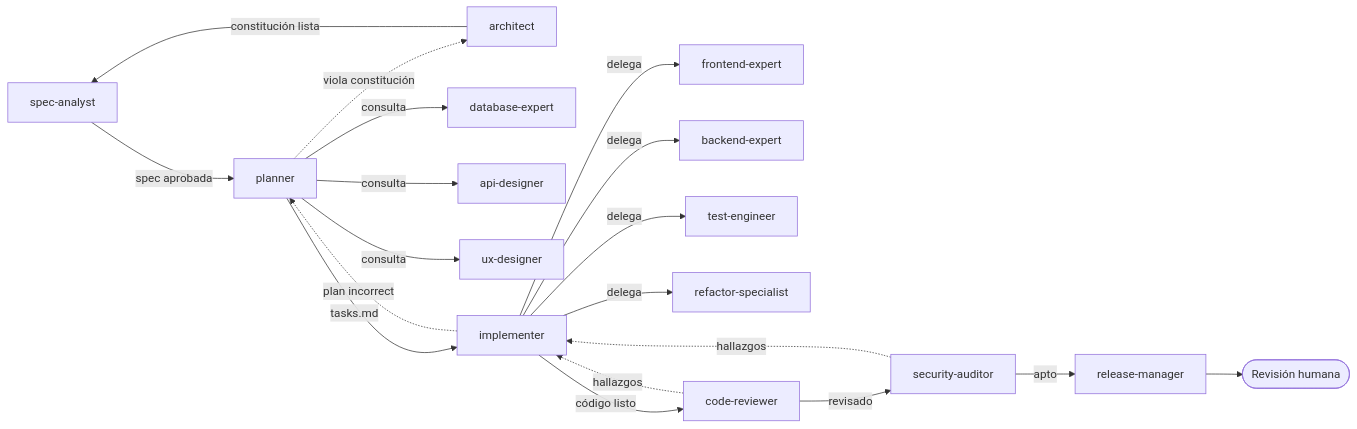
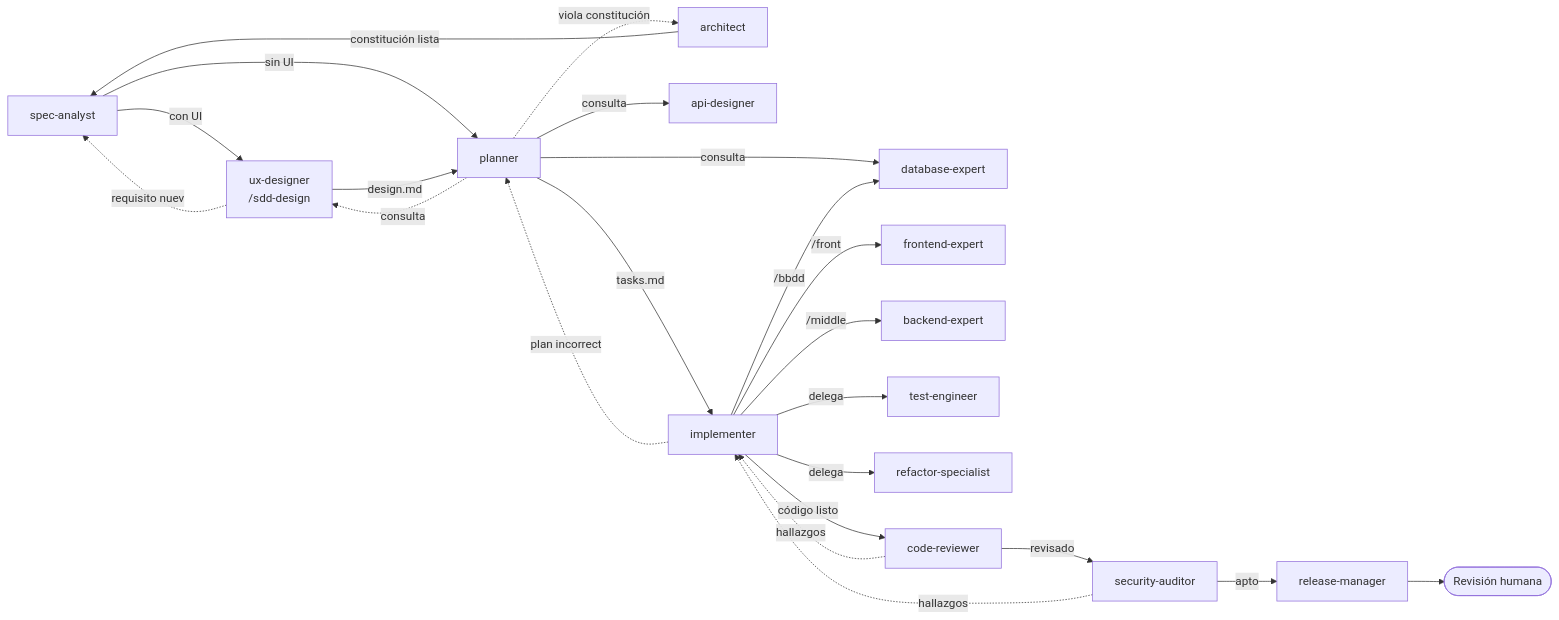
Before and after one commit to jechamo/Estructura_inicial_claude: the second of 2 diagrams in docs/agents/CATALOG.md, drawn with Mermaid. The commit also changed other lines of this file and 47 other files, not shown here.

````diff
--- a/docs/agents/CATALOG.md
+++ b/docs/agents/CATALOG.md
@@ -117,21 +125,25 @@
 ```mermaid
 flowchart LR
-    SA["spec-analyst"] -->|spec aprobada| PL["planner"]
+    SA["spec-analyst"] -->|con UI| UXD["ux-designer<br/>/sdd-design"]
+    SA -->|sin UI| PL["planner"]
+    UXD -->|design.md| PL
+    UXD -.requisito nuevo.-> SA
     AR["architect"] -->|constitución lista| SA
     PL -->|consulta| DB["database-expert"]
     PL -->|consulta| AP["api-designer"]
-    PL -->|consulta| UX["ux-designer"]
+    PL -.consulta.-> UXD
     PL -->|tasks.md| IM["implementer"]
-    IM -->|delega| FE["frontend-expert"]
-    IM -->|delega| BE["backend-expert"]
+    IM -->|/front| FE["frontend-expert"]
+    IM -->|/middle| BE["backend-expert"]
+    IM -->|/bbdd| DB
     IM -->|delega| TE["test-engineer"]
     IM -->|delega| RF["refactor-specialist"]
     IM -->|código listo| CR["code-reviewer"]
     CR -->|revisado| SEC["security-auditor"]
     SEC -->|apto| RM["release-manager"]
     CR -.hallazgos.-> IM
     SEC -.hallazgos.-> IM
     PL -.viola constitución.-> AR
     IM -.plan incorrecto.-> PL
     RM --> H([Revisión humana])
 ```
````
